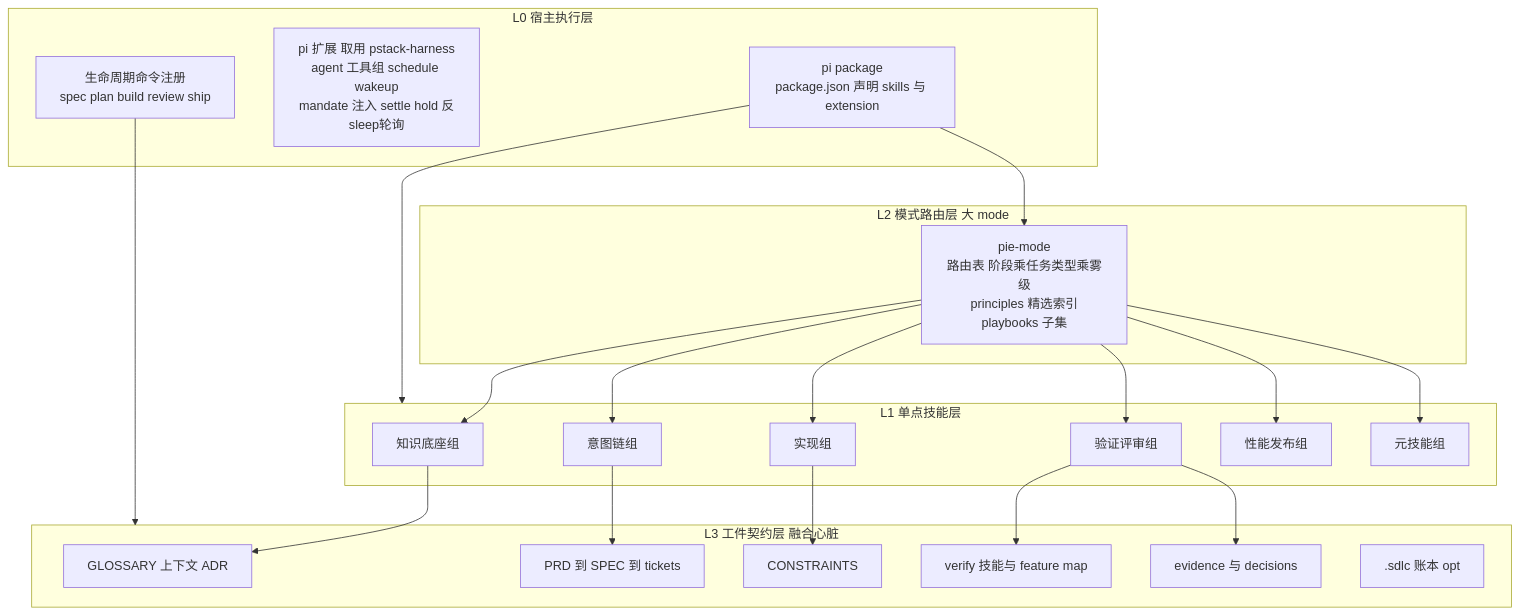
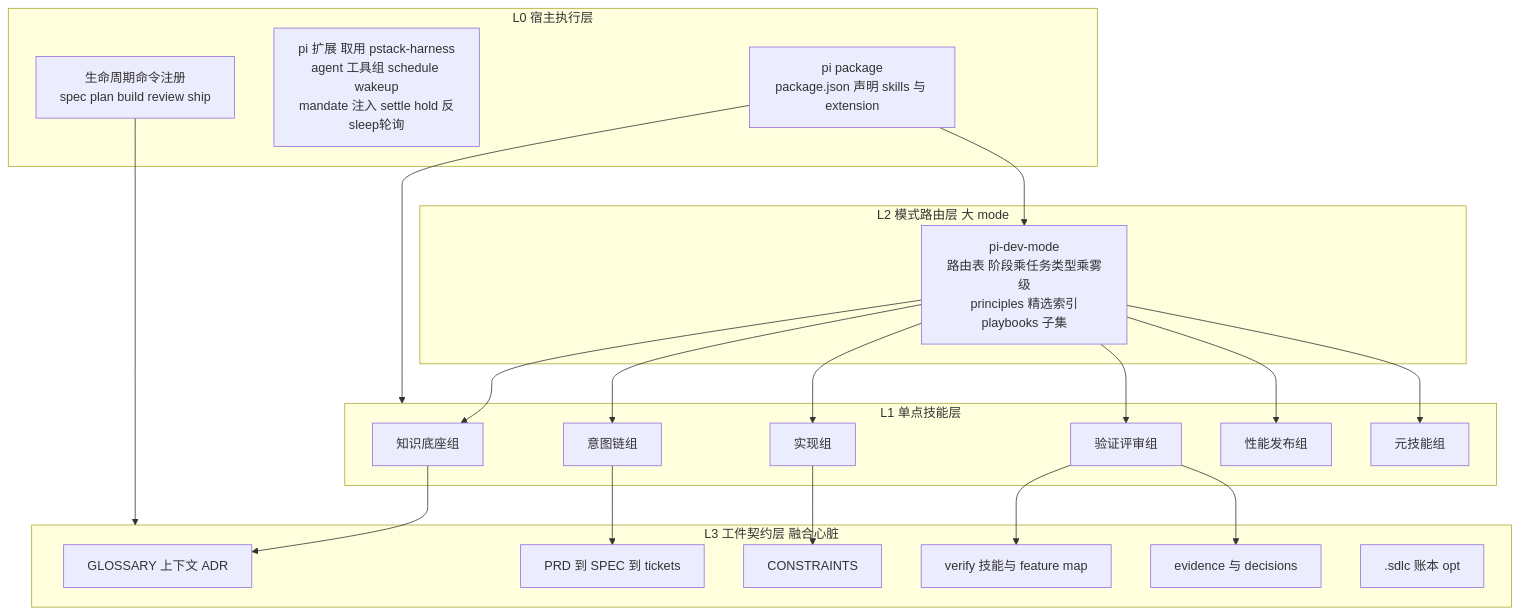
Before and after one commit to ariesfish/pi-dev-mode: the diagram in docs/02-fusion-architecture.md, drawn with Mermaid. The commit also changed other lines of this file and 59 other files, not shown here.

First line of the commit message:
refactor: drop the dev- prefix from all 15 skills; mode renamed pie-mode → pi-dev-mode

````diff
--- a/docs/02-fusion-architecture.md
+++ b/docs/02-fusion-architecture.md
@@ -19,41 +19,41 @@
 ```mermaid
 flowchart TB
     subgraph L0["L0 宿主执行层 "]
         PI["pi package<br/>package.json 声明 skills 与 extension"]
         EXT["pi 扩展 取用 pstack-harness<br/>agent 工具组 schedule wakeup<br/>mandate 注入 settle hold 反sleep轮询"]
         CMD["生命周期命令注册<br/>spec plan build review ship"]
     end
     subgraph L2["L2 模式路由层 大 mode"]
-        MODE["pie-mode<br/>路由表 阶段乘任务类型乘雾级<br/>principles 精选索引<br/>playbooks 子集"]
+        MODE["pi-dev-mode<br/>路由表 阶段乘任务类型乘雾级<br/>principles 精选索引<br/>playbooks 子集"]
     end
     subgraph L1["L1 单点技能层"]
         S1["知识底座组"]
         S2["意图链组"]
         S3["实现组"]
         S4["验证评审组"]
         S5["性能发布组"]
         S6["元技能组"]
     end
     subgraph L3["L3 工件契约层 融合心脏"]
         A1["GLOSSARY 上下文 ADR"]
         A2["PRD 到 SPEC 到 tickets"]
         A3["CONSTRAINTS"]
         A4["verify 技能与 feature map"]
         A5["evidence 与 decisions"]
         A6[".sdlc 账本 opt"]
     end
     PI --> MODE
     PI --> L1
     MODE --> S1
     MODE --> S2
     MODE --> S3
     MODE --> S4
     MODE --> S5
     MODE --> S6
     S1 --> A1
     S2 --> A2
     S3 --> A3
     S4 --> A4
     S4 --> A5
     CMD --> L3
 ```
````
